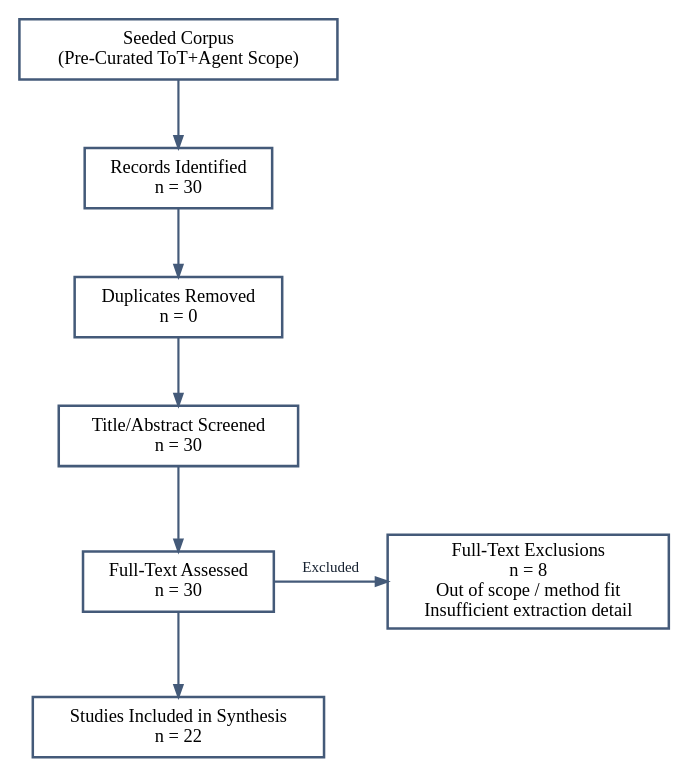
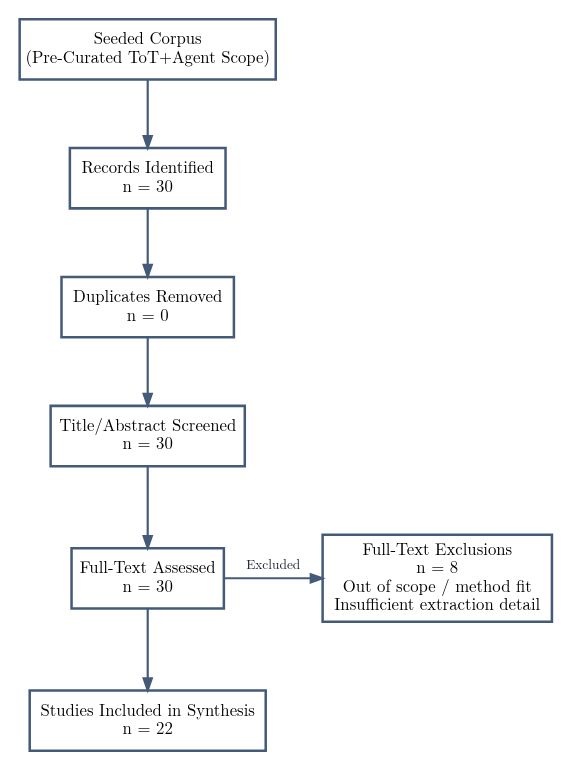
One commit to quiznat/tot-hf-survey-artifacts changed the diagram in assets/diagram_survey_method.dot. Above: the diagram before and after it, drawn with Graphviz. The commit also changed 17 other files, not shown here.

Commit message:
Phase 1: align diagram typography/layout and rebalance 2-col tables

```diff
--- a/assets/diagram_survey_method.dot
+++ b/assets/diagram_survey_method.dot
@@ -1,18 +1,18 @@
 digraph G {
-  graph [bgcolor="#ffffff", pad="0.06", nodesep="0.34", ranksep="0.50", splines="polyline", fontname="Times-Roman", fontcolor="#162130", margin="0.02", rankdir="TB", ranksep="0.56"];
-  node [shape="box", style="filled", fillcolor="#ffffff", color="#445a79", penwidth="1.5", fontname="Times-Roman", fontsize="11", margin="0.06,0.05"];
-  edge [color="#445a79", penwidth="1.3", arrowsize="0.70", fontname="Times-Roman", fontsize="9", fontcolor="#162130"];
+  graph [bgcolor="#ffffff", pad="0.06", nodesep="0.34", ranksep="0.50", splines="polyline", fontname="Latin Modern Roman", fontcolor="#162130", margin="0.02", rankdir="TB", ranksep="0.56"];
+  node [shape="box", style="filled", fillcolor="#ffffff", color="#445a79", penwidth="1.5", fontname="Latin Modern Roman", fontsize="10", margin="0.06,0.05"];
+  edge [color="#445a79", penwidth="1.3", arrowsize="0.70", fontname="Latin Modern Roman", fontsize="8", fontcolor="#162130"];
 
   seed [label="Seeded Corpus\n(Pre-Curated ToT+Agent Scope)"];
   records [label="Records Identified\nn = 30"];
   dupes [label="Duplicates Removed\nn = 0"];
   screened [label="Title/Abstract Screened\nn = 30"];
   fulltext [label="Full-Text Assessed\nn = 30"];
   included [label="Studies Included in Synthesis\nn = 22"];
   excluded [label="Full-Text Exclusions\nn = 8\nOut of scope / method fit\nInsufficient extraction detail"];
 
   seed -> records -> dupes -> screened -> fulltext -> included;
   fulltext -> excluded [label="Excluded", constraint=false];
 
   { rank=same; fulltext; excluded }
 }
```
